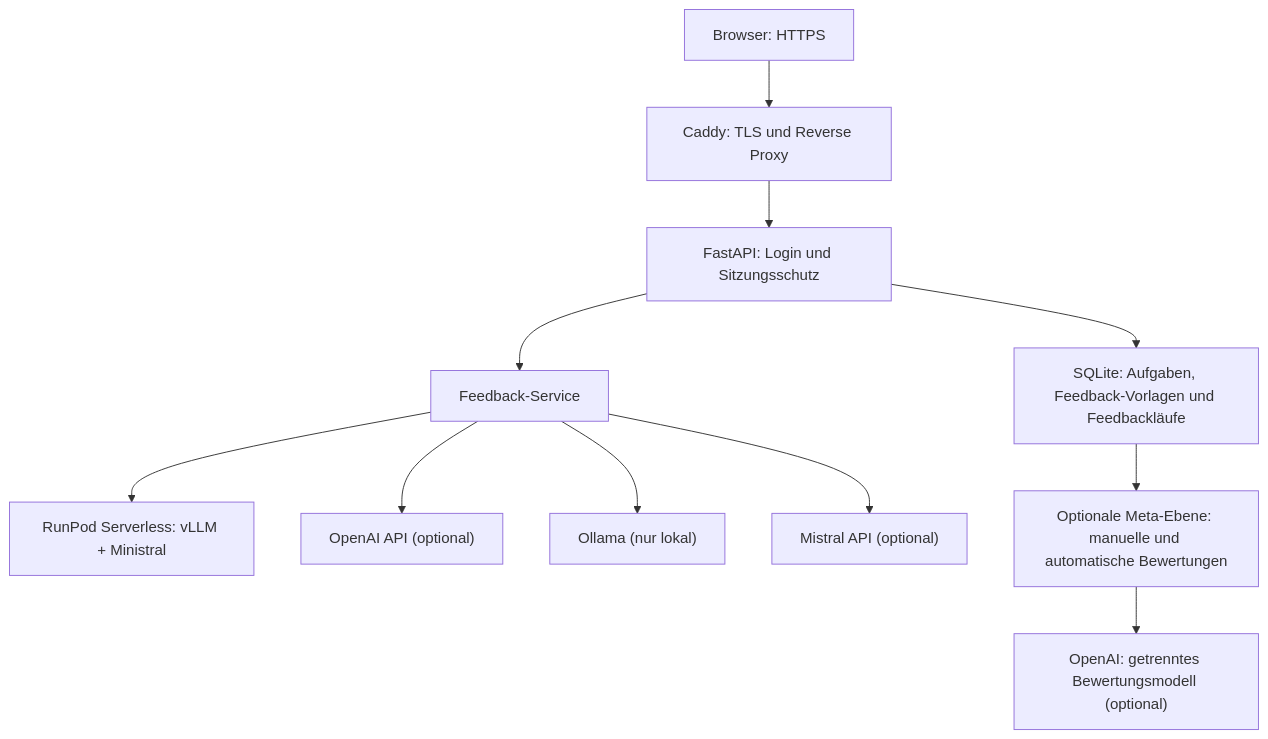
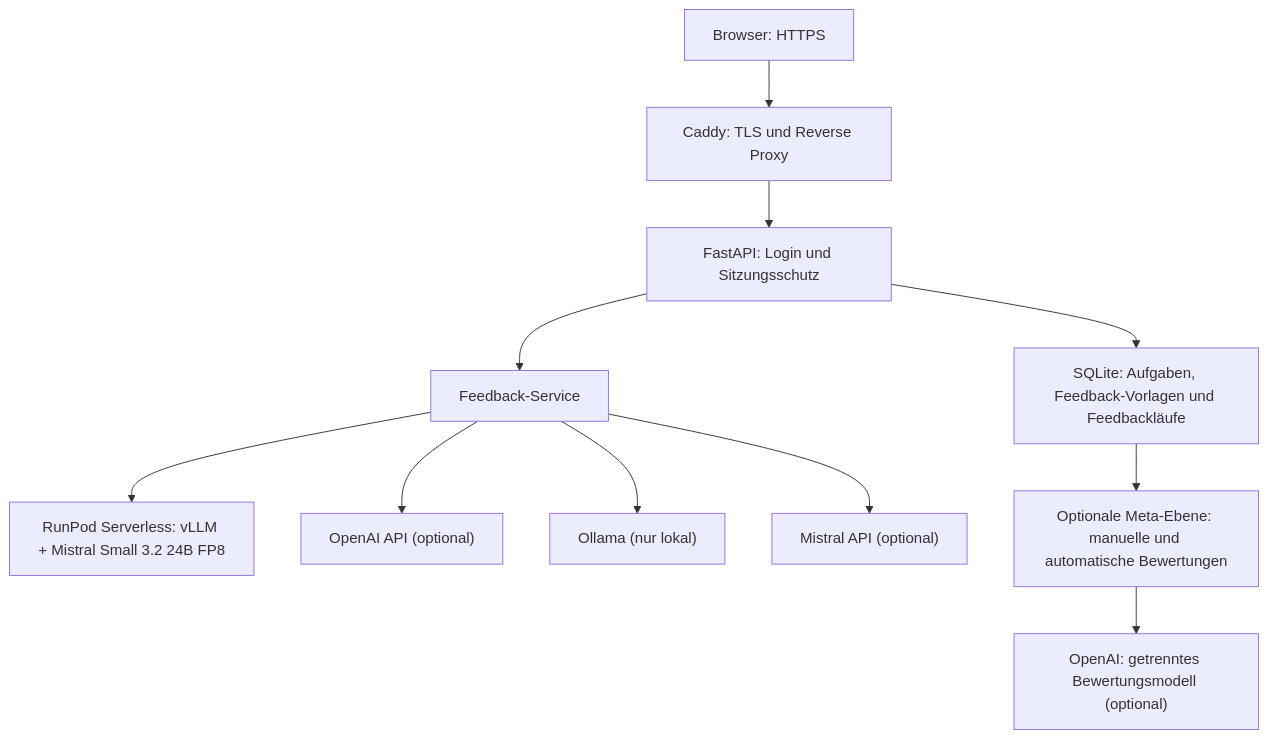
The diagram in README.md (David90dotcom/ki-schreibfeedback-prototyp), drawn with Mermaid before and after one commit. The commit also changed other lines of this file and 11 other files, not shown here.

Commit message:
chore(deploy): Mistral Small 3.2 für Version 1.0 konfigurieren

````diff
--- a/README.md
+++ b/README.md
@@ -27,13 +27,13 @@
 ```mermaid
 flowchart TD
     A["Browser: HTTPS"] --> B["Caddy: TLS und Reverse Proxy"]
     B --> C["FastAPI: Login und Sitzungsschutz"]
     C --> D["Feedback-Service"]
-    D --> E["RunPod Serverless: vLLM + Ministral"]
+    D --> E["RunPod Serverless: vLLM + Mistral Small 3.2 24B FP8"]
     D --> F["OpenAI API (optional)"]
     D --> G["Ollama (nur lokal)"]
     D --> H["Mistral API (optional)"]
     C --> I["SQLite: Aufgaben, Feedback-Vorlagen und Feedbackläufe"]
     I --> J["Optionale Meta-Ebene: manuelle und automatische Bewertungen"]
     J --> K["OpenAI: getrenntes Bewertungsmodell (optional)"]
 ```
````
